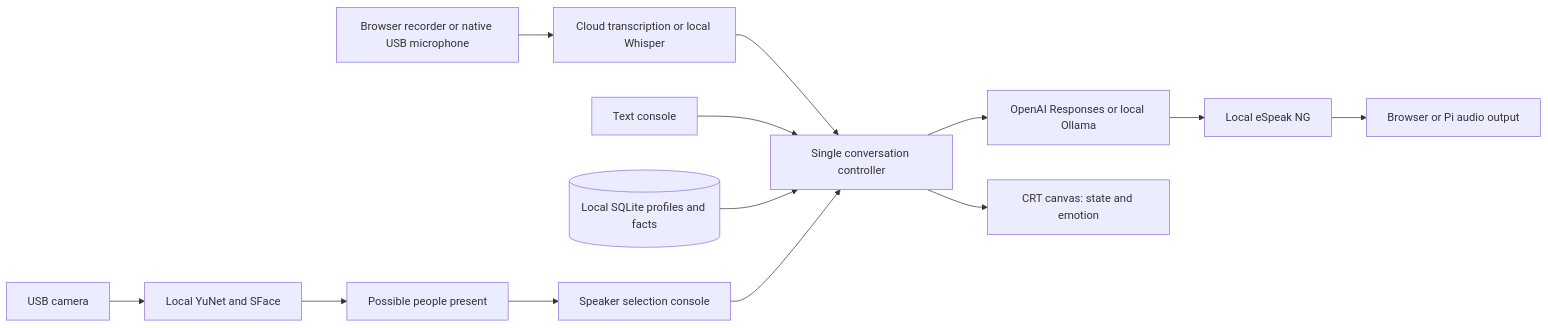
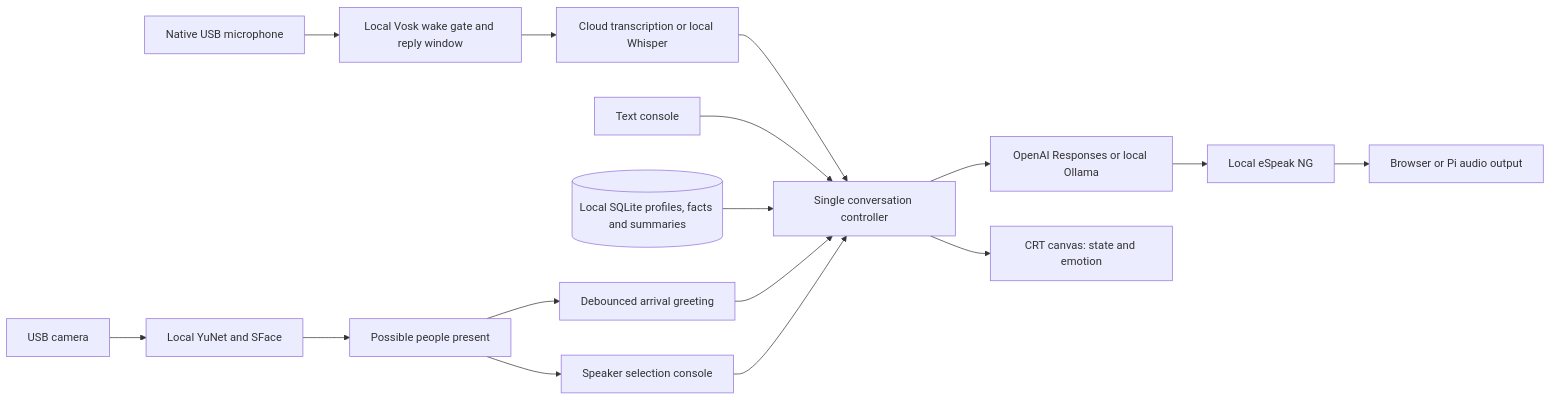
One commit to sbradley374/governor changed the diagram in docs/ARCHITECTURE.md. Above: the diagram before and after it, drawn with Mermaid. The commit also changed other lines of this file and 22 other files, not shown here.

Commit message:
Add personal memory, local wake phrase, and camera greetings

````diff
--- a/docs/ARCHITECTURE.md
+++ b/docs/ARCHITECTURE.md
@@ -3,15 +3,18 @@
 ```mermaid
 flowchart LR
-  Mic[Browser recorder or native USB microphone] --> STT[Cloud transcription or local Whisper]
+  Mic[Native USB microphone] --> Wake[Local Vosk wake gate and reply window]
+  Wake --> STT[Cloud transcription or local Whisper]
   STT --> Controller[Single conversation controller]
   Text[Text console] --> Controller
-  Memory[(Local SQLite profiles and facts)] --> Controller
+  Memory[(Local SQLite profiles, facts and summaries)] --> Controller
   Controller --> LLM[OpenAI Responses or local Ollama]
   LLM --> Voice[Local eSpeak NG]
   Voice --> Speaker[Browser or Pi audio output]
   Controller --> Face[CRT canvas: state and emotion]
   Camera[USB camera] --> Vision[Local YuNet and SFace]
   Vision --> Presence[Possible people present]
+  Presence --> Arrivals[Debounced arrival greeting]
+  Arrivals --> Controller
   Presence --> Console[Speaker selection console]
   Console --> Controller
 ```
````
